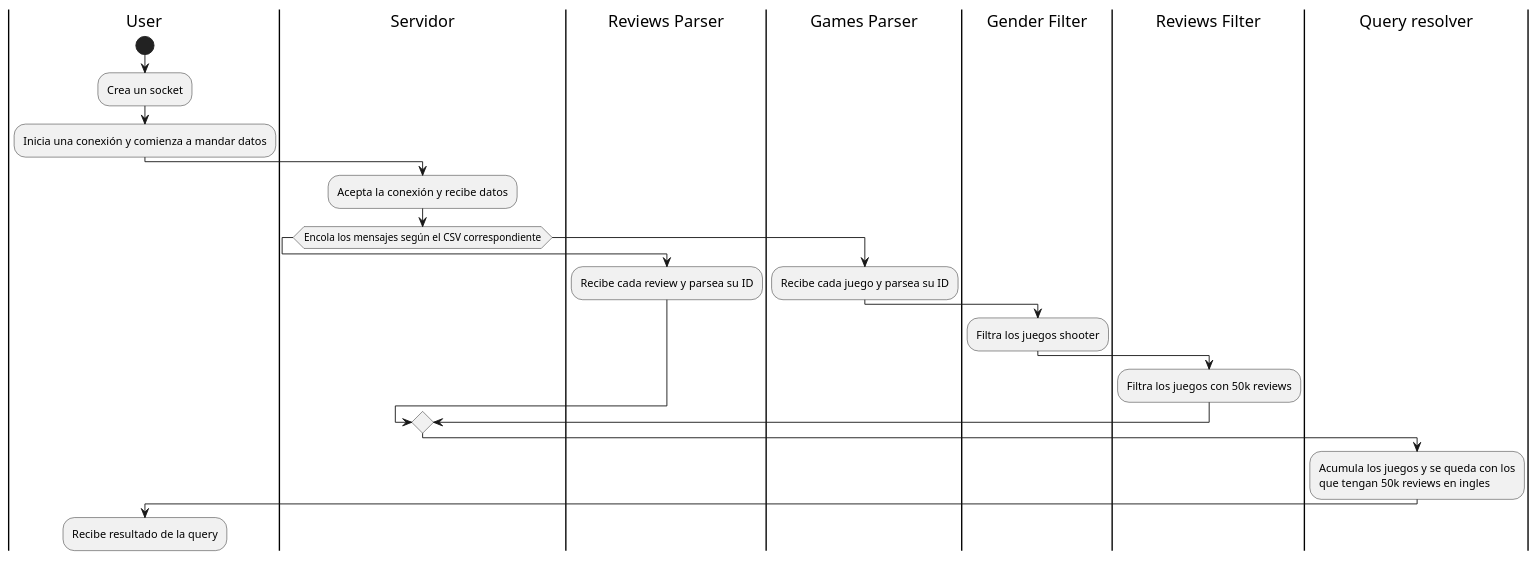
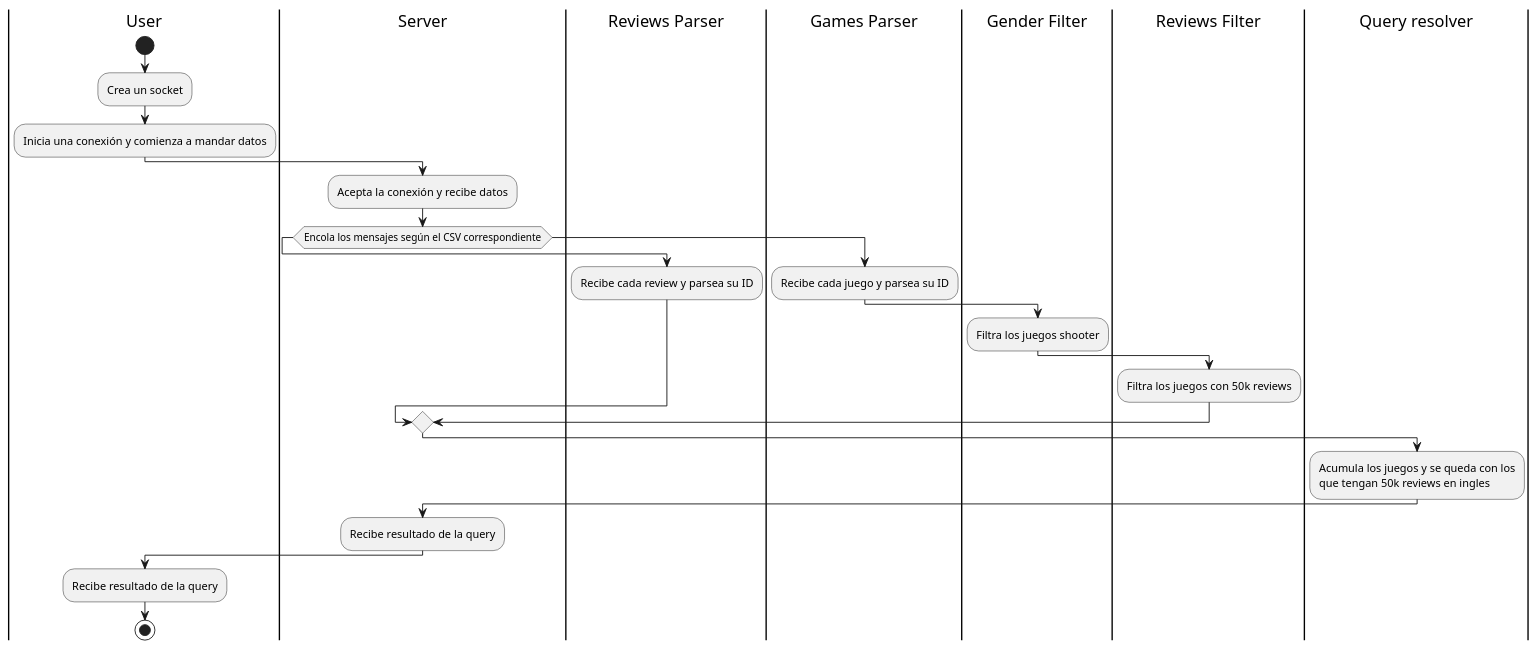
Before and after one commit to AbrahamOsco/TP1-Distribuidos: the diagram in diagrams/activity/query4.puml, drawn with PlantUML. The commit also changed 4 other files, not shown here.

Commit message:
feat: updated activity diagrams

```diff
--- a/diagrams/activity/query4.puml
+++ b/diagrams/activity/query4.puml
@@ -1,24 +1,27 @@
 @startuml
 |User|
 start
 :Crea un socket;
 :Inicia una conexión y comienza a mandar datos;
 
-|Servidor|
+|Server|
 :Acepta la conexión y recibe datos;
 if (Encola los mensajes según el CSV correspondiente) then
    |Reviews Parser|
    :Recibe cada review y parsea su ID;
 else
    |Games Parser|
    :Recibe cada juego y parsea su ID;
    |Gender Filter|
    :Filtra los juegos shooter;
    |Reviews Filter|
    :Filtra los juegos con 50k reviews;
 endif
    |Query resolver|
    :Acumula los juegos y se queda con los\nque tengan 50k reviews en ingles;
+   |Server|
+   :Recibe resultado de la query;
    |User|
    :Recibe resultado de la query;
+stop
 @enduml
```
